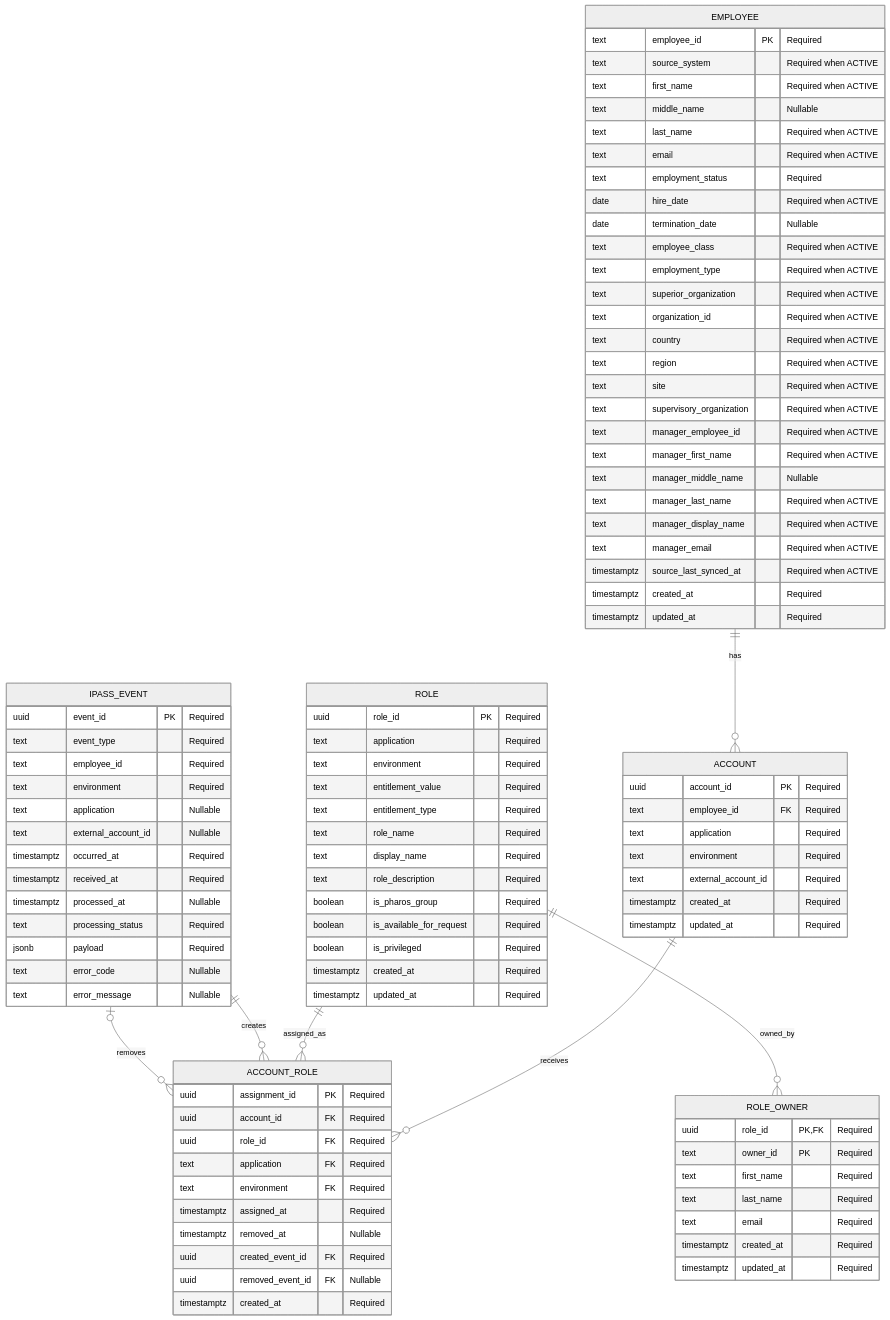
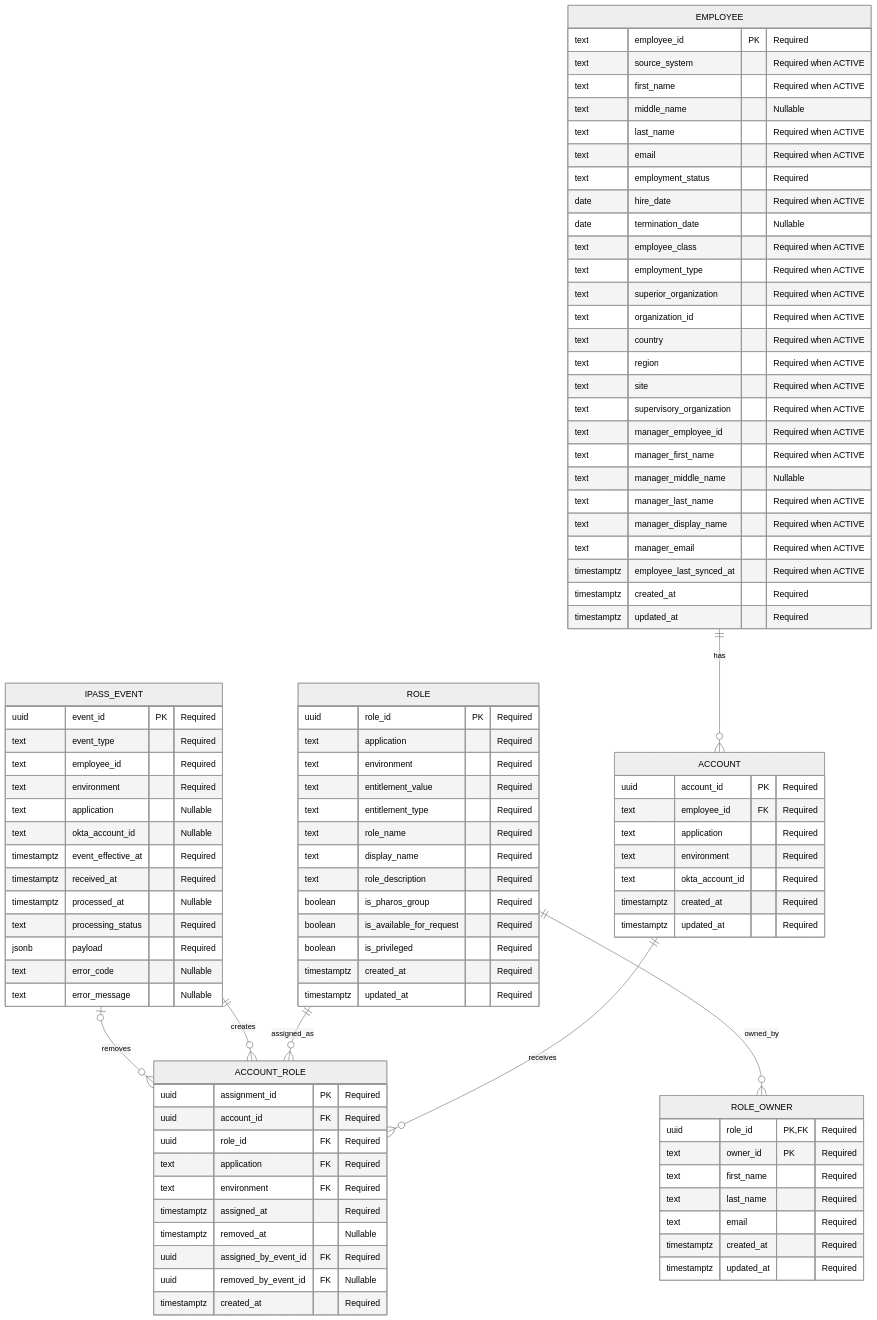
Before and after one commit to bvm-arjun108/user-access-management: the diagram in docs/pharos-ingestion-full-erd.mmd, drawn with Mermaid (neutral theme). The commit also changed 32 other files, not shown here.

```diff
--- a/docs/pharos-ingestion-full-erd.mmd
+++ b/docs/pharos-ingestion-full-erd.mmd
@@ -1,101 +1,101 @@
 erDiagram
     EMPLOYEE ||--o{ ACCOUNT : has
     ACCOUNT ||--o{ ACCOUNT_ROLE : receives
     ROLE ||--o{ ACCOUNT_ROLE : assigned_as
     ROLE ||--o{ ROLE_OWNER : owned_by
     IPASS_EVENT ||--o{ ACCOUNT_ROLE : creates
     IPASS_EVENT o|--o{ ACCOUNT_ROLE : removes
 
     EMPLOYEE {
         text employee_id PK "Required"
         text source_system "Required when ACTIVE"
         text first_name "Required when ACTIVE"
         text middle_name "Nullable"
         text last_name "Required when ACTIVE"
         text email "Required when ACTIVE"
         text employment_status "Required"
         date hire_date "Required when ACTIVE"
         date termination_date "Nullable"
         text employee_class "Required when ACTIVE"
         text employment_type "Required when ACTIVE"
         text superior_organization "Required when ACTIVE"
         text organization_id "Required when ACTIVE"
         text country "Required when ACTIVE"
         text region "Required when ACTIVE"
         text site "Required when ACTIVE"
         text supervisory_organization "Required when ACTIVE"
         text manager_employee_id "Required when ACTIVE"
         text manager_first_name "Required when ACTIVE"
         text manager_middle_name "Nullable"
         text manager_last_name "Required when ACTIVE"
         text manager_display_name "Required when ACTIVE"
         text manager_email "Required when ACTIVE"
-        timestamptz source_last_synced_at "Required when ACTIVE"
+        timestamptz employee_last_synced_at "Required when ACTIVE"
         timestamptz created_at "Required"
         timestamptz updated_at "Required"
     }
 
     ACCOUNT {
         uuid account_id PK "Required"
         text employee_id FK "Required"
         text application "Required"
         text environment "Required"
-        text external_account_id "Required"
+        text okta_account_id "Required"
         timestamptz created_at "Required"
         timestamptz updated_at "Required"
     }
 
     ROLE {
         uuid role_id PK "Required"
         text application "Required"
         text environment "Required"
         text entitlement_value "Required"
         text entitlement_type "Required"
         text role_name "Required"
         text display_name "Required"
         text role_description "Required"
         boolean is_pharos_group "Required"
         boolean is_available_for_request "Required"
         boolean is_privileged "Required"
         timestamptz created_at "Required"
         timestamptz updated_at "Required"
     }
 
     ROLE_OWNER {
         uuid role_id PK,FK "Required"
         text owner_id PK "Required"
         text first_name "Required"
         text last_name "Required"
         text email "Required"
         timestamptz created_at "Required"
         timestamptz updated_at "Required"
     }
 
     IPASS_EVENT {
         uuid event_id PK "Required"
         text event_type "Required"
         text employee_id "Required"
         text environment "Required"
         text application "Nullable"
-        text external_account_id "Nullable"
-        timestamptz occurred_at "Required"
+        text okta_account_id "Nullable"
+        timestamptz event_effective_at "Required"
         timestamptz received_at "Required"
         timestamptz processed_at "Nullable"
         text processing_status "Required"
         jsonb payload "Required"
         text error_code "Nullable"
         text error_message "Nullable"
     }
 
     ACCOUNT_ROLE {
         uuid assignment_id PK "Required"
         uuid account_id FK "Required"
         uuid role_id FK "Required"
         text application FK "Required"
         text environment FK "Required"
         timestamptz assigned_at "Required"
         timestamptz removed_at "Nullable"
-        uuid created_event_id FK "Required"
-        uuid removed_event_id FK "Nullable"
+        uuid assigned_by_event_id FK "Required"
+        uuid removed_by_event_id FK "Nullable"
         timestamptz created_at "Required"
     }
```
